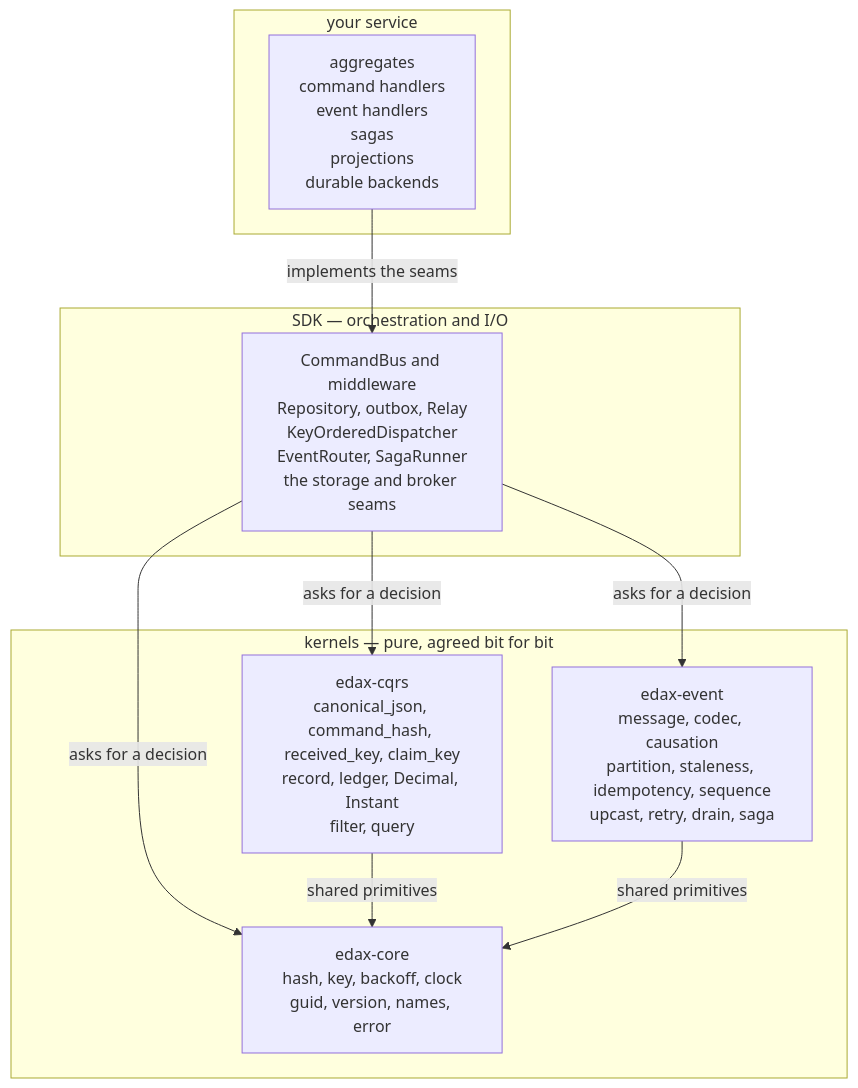
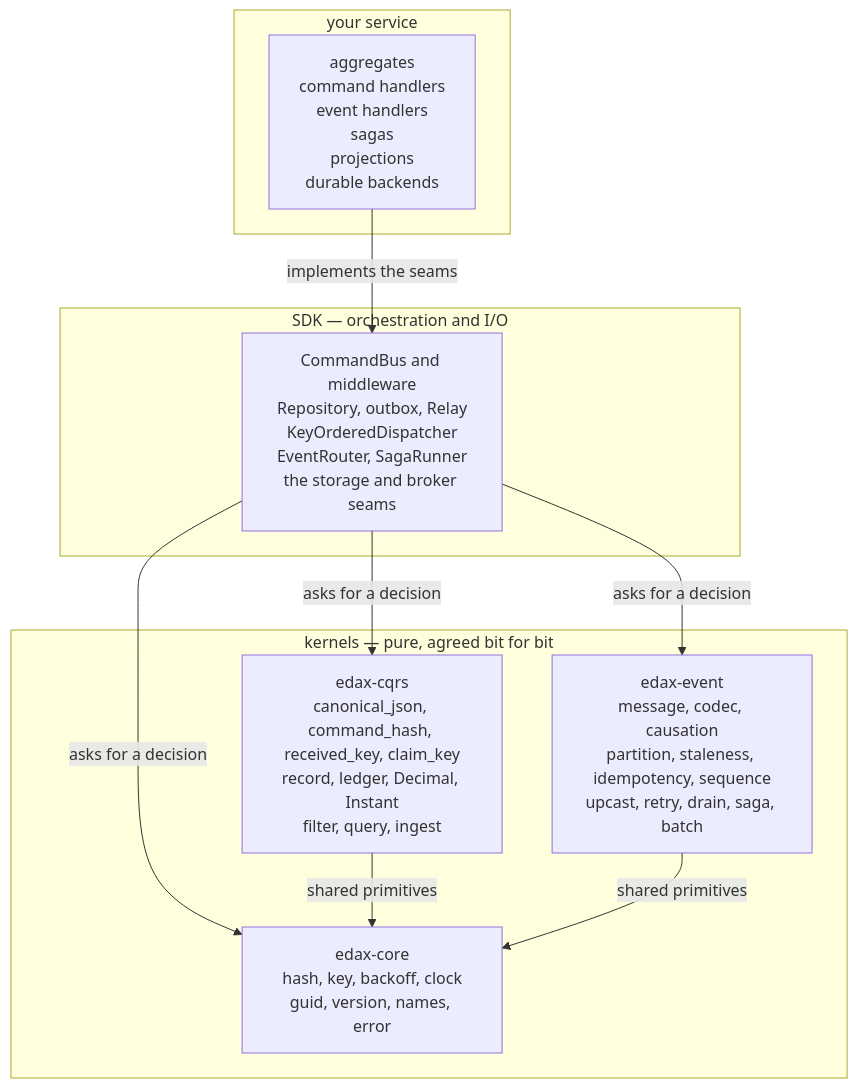
The first of 4 diagrams in docs/architecture.md (haskian/edax), drawn with Mermaid before and after one commit. The commit also changed other lines of this file and 12 other files, not shown here.

````diff
--- a/docs/architecture.md
+++ b/docs/architecture.md
@@ -9,23 +9,23 @@
 ```mermaid
 flowchart TB
     subgraph app["your service"]
         A["aggregates<br/>command handlers<br/>event handlers<br/>sagas<br/>projections<br/>durable backends"]
     end
 
     subgraph sdk["SDK — orchestration and I/O"]
         B["CommandBus and middleware<br/>Repository, outbox, Relay<br/>KeyOrderedDispatcher<br/>EventRouter, SagaRunner<br/>the storage and broker seams"]
     end
 
     subgraph kernels["kernels — pure, agreed bit for bit"]
-        C["edax-cqrs<br/>canonical_json, command_hash, received_key, claim_key<br/>record, ledger, Decimal, Instant<br/>filter, query"]
-        D["edax-event<br/>message, codec, causation<br/>partition, staleness, idempotency, sequence<br/>upcast, retry, drain, saga"]
+        C["edax-cqrs<br/>canonical_json, command_hash, received_key, claim_key<br/>record, ledger, Decimal, Instant<br/>filter, query, ingest"]
+        D["edax-event<br/>message, codec, causation<br/>partition, staleness, idempotency, sequence<br/>upcast, retry, drain, saga, batch"]
         E["edax-core<br/>hash, key, backoff, clock<br/>guid, version, names, error"]
     end
 
     A -->|"implements the seams"| B
     B -->|"asks for a decision"| C
     B -->|"asks for a decision"| D
     B -->|"asks for a decision"| E
     C -->|"shared primitives"| E
     D -->|"shared primitives"| E
 ```
````
